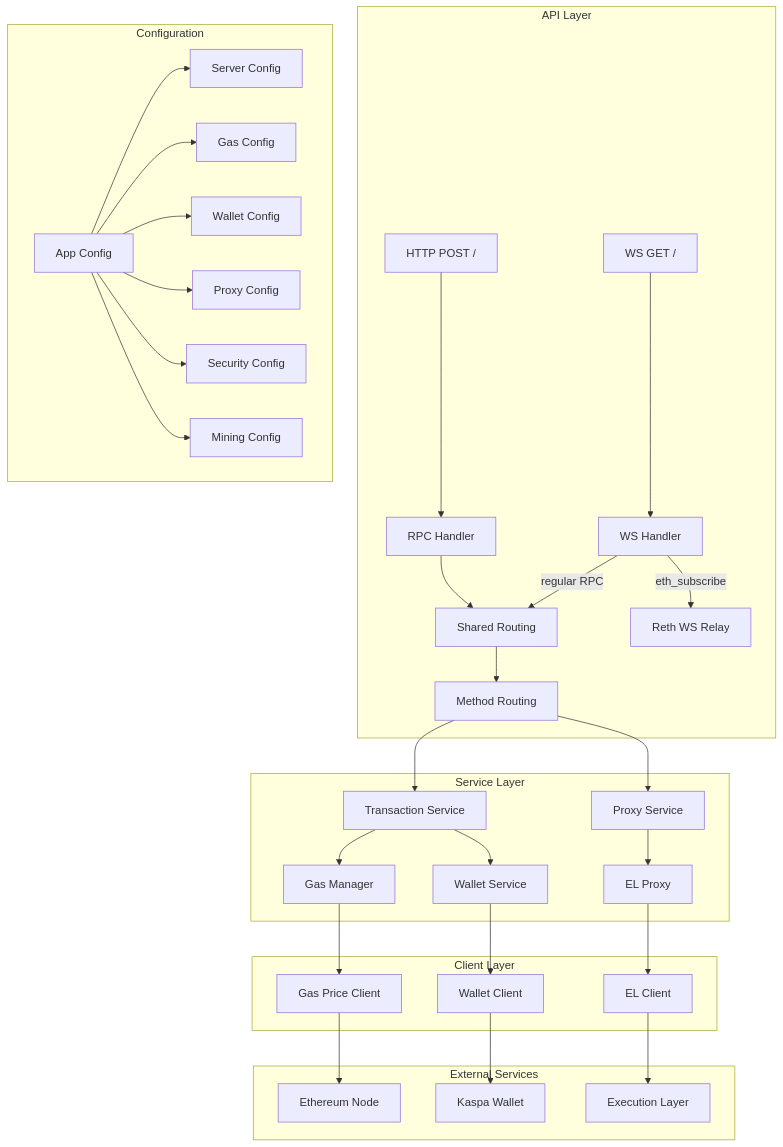
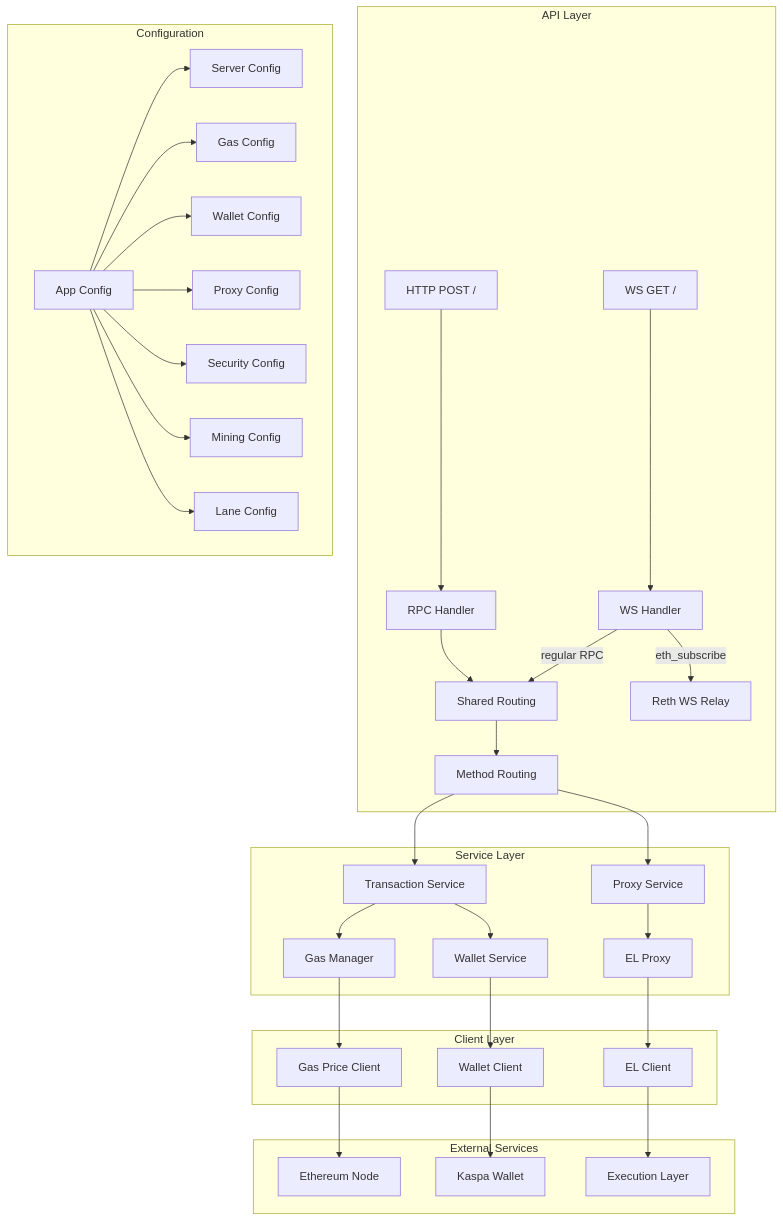
The first of 5 diagrams in doc/architecture.md (IgraLabs/igra-rpc-provider), drawn with Mermaid before and after one commit. The commit also changed other lines of this file and 17 other files, not shown here.

````diff
--- a/doc/architecture.md
+++ b/doc/architecture.md
@@ -28,40 +28,41 @@
 ```mermaid
 graph TB
     subgraph "API Layer"
         A[HTTP POST /] --> B[RPC Handler]
         A2[WS GET /] --> B2[WS Handler]
         B --> C[Shared Routing]
         B2 -->|regular RPC| C
         B2 -->|eth_subscribe| D2[Reth WS Relay]
         C --> D[Method Routing]
     end
     
     subgraph "Service Layer"
         D --> E[Transaction Service]
         D --> F[Proxy Service]
         E --> G[Gas Manager]
         E --> H[Wallet Service]
         F --> I[EL Proxy]
     end
     
     subgraph "Client Layer"
         G --> J[Gas Price Client]
         H --> K[Wallet Client]
         I --> L[EL Client]
     end
     
     subgraph "External Services"
         J --> M[Ethereum Node]
         K --> N[Kaspa Wallet]
         L --> O[Execution Layer]
     end
     
     subgraph "Configuration"
         P[App Config] --> Q[Server Config]
         P --> R[Gas Config]
         P --> S[Wallet Config]
         P --> T[Proxy Config]
         P --> U[Security Config]
         P --> V[Mining Config]
+        P --> W[Lane Config]
     end
 ```
````
